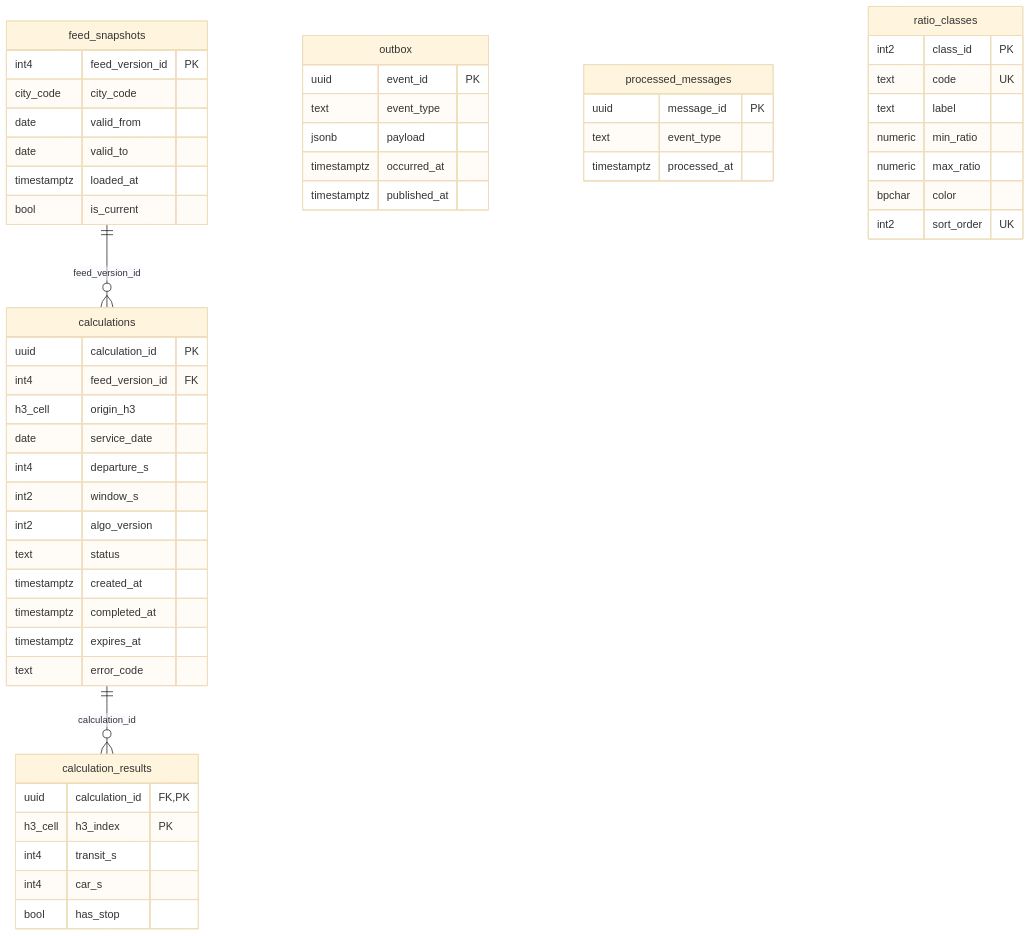
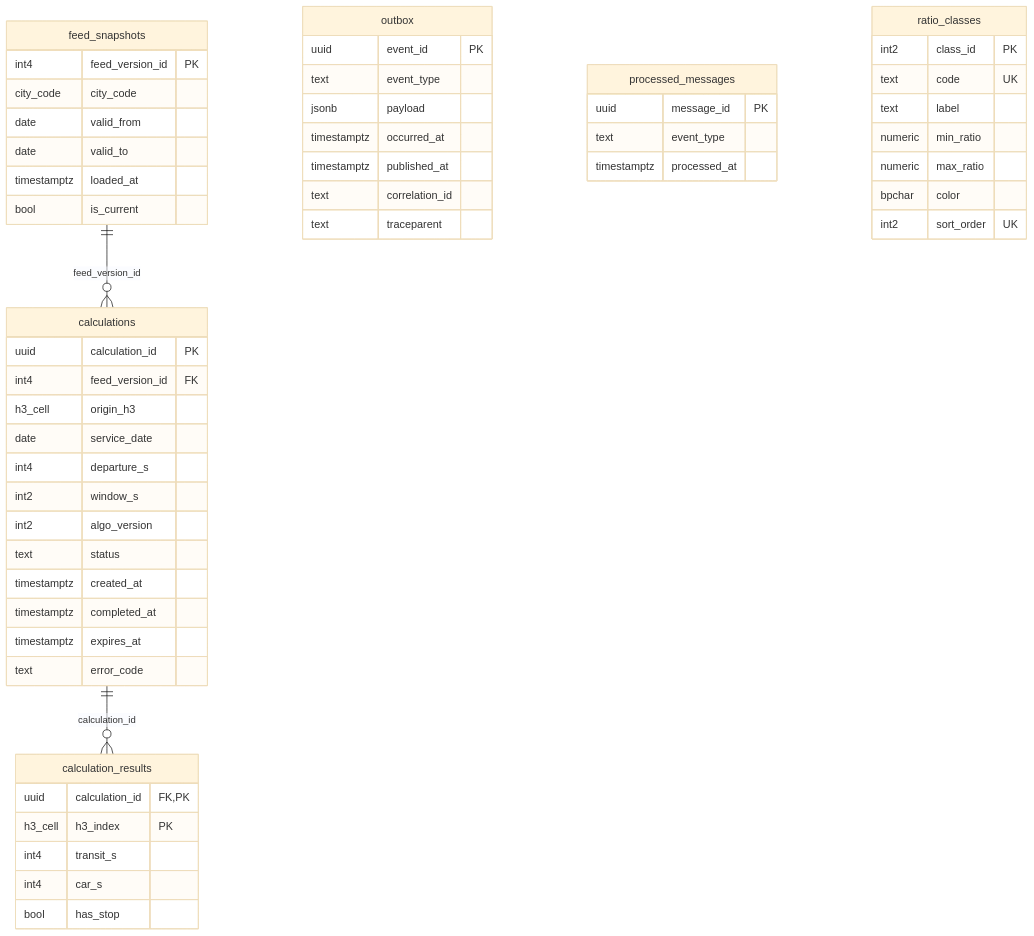
The third of 4 diagrams in docs/db/data-dictionary.md (rsstan/dasiah), drawn with Mermaid (base theme) before and after one commit. The commit also changed other lines of this file and 23 other files, not shown here.

````diff
--- a/docs/db/data-dictionary.md
+++ b/docs/db/data-dictionary.md
@@ -849,55 +861,57 @@
 ```mermaid
 erDiagram
   calculation_results {
     uuid calculation_id FK, PK
     h3_cell h3_index PK
     int4 transit_s
     int4 car_s
     bool has_stop
   }
   calculations {
     uuid calculation_id PK
     int4 feed_version_id FK
     h3_cell origin_h3
     date service_date
     int4 departure_s
     int2 window_s
     int2 algo_version
     text status
     timestamptz created_at
     timestamptz completed_at
     timestamptz expires_at
     text error_code
   }
   feed_snapshots {
     int4 feed_version_id PK
     city_code city_code
     date valid_from
     date valid_to
     timestamptz loaded_at
     bool is_current
   }
   outbox {
     uuid event_id PK
     text event_type
     jsonb payload
     timestamptz occurred_at
     timestamptz published_at
+    text correlation_id
+    text traceparent
   }
   processed_messages {
     uuid message_id PK
     text event_type
     timestamptz processed_at
   }
   ratio_classes {
     int2 class_id PK
     text code UK
     text label
     numeric min_ratio
     numeric max_ratio
     bpchar color
     int2 sort_order UK
   }
   calculations ||--o{ calculation_results : "calculation_id"
   feed_snapshots ||--o{ calculations : "feed_version_id"
 ```
````
